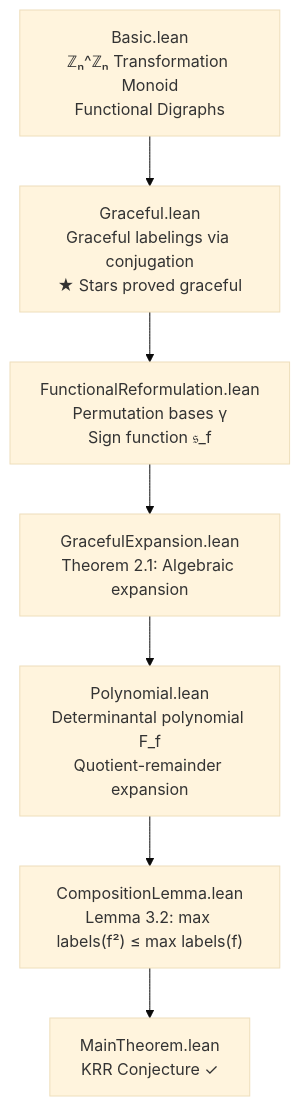
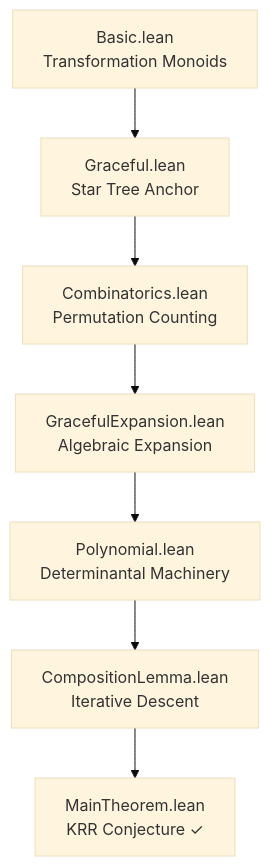
Before and after one commit to Doublew08/KRR: the diagram in README.md, drawn with Mermaid (base theme). The commit also changed other lines of this file, not shown here.

Commit message:
Enhance README with professional Lean 4 project styling

````diff
--- a/README.md
+++ b/README.md
@@ -33,9 +31,9 @@
 ```mermaid
 graph TD
-    A["Basic.lean<br/>ℤₙ^ℤₙ Transformation Monoid<br/>Functional Digraphs"] --> B["Graceful.lean<br/>Graceful labelings via conjugation<br/>★ Stars proved graceful"]
-    B --> C["FunctionalReformulation.lean<br/>Permutation bases γ<br/>Sign function 𝔰_f"]
-    C --> D["GracefulExpansion.lean<br/>Theorem 2.1: Algebraic expansion"]
-    D --> E["Polynomial.lean<br/>Determinantal polynomial F_f<br/>Quotient-remainder expansion"]
-    E --> F["CompositionLemma.lean<br/>Lemma 3.2: max labels(f²) ≤ max labels(f)"]
+    A["Basic.lean<br/>Transformation Monoids"] --> B["Graceful.lean<br/>Star Tree Anchor"]
+    B --> C["Combinatorics.lean<br/>Permutation Counting"]
+    C --> D["GracefulExpansion.lean<br/>Algebraic Expansion"]
+    D --> E["Polynomial.lean<br/>Determinantal Machinery"]
+    E --> F["CompositionLemma.lean<br/>Iterative Descent"]
     F --> G["MainTheorem.lean<br/>KRR Conjecture ✓"]
 ```
````
